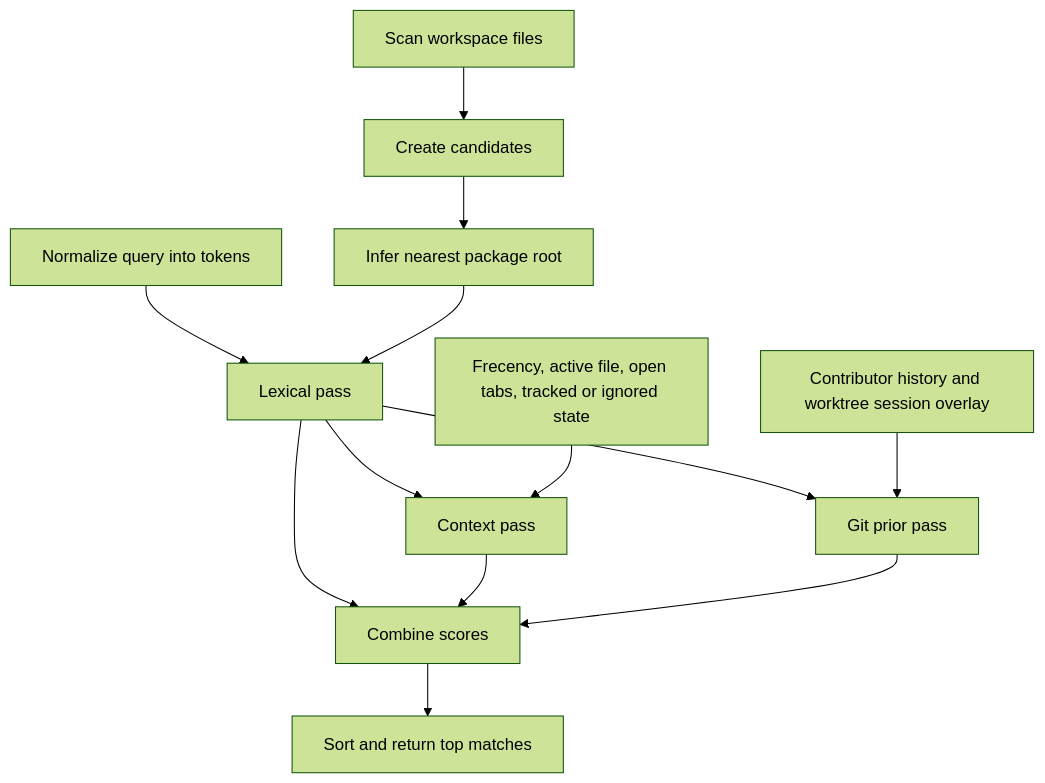
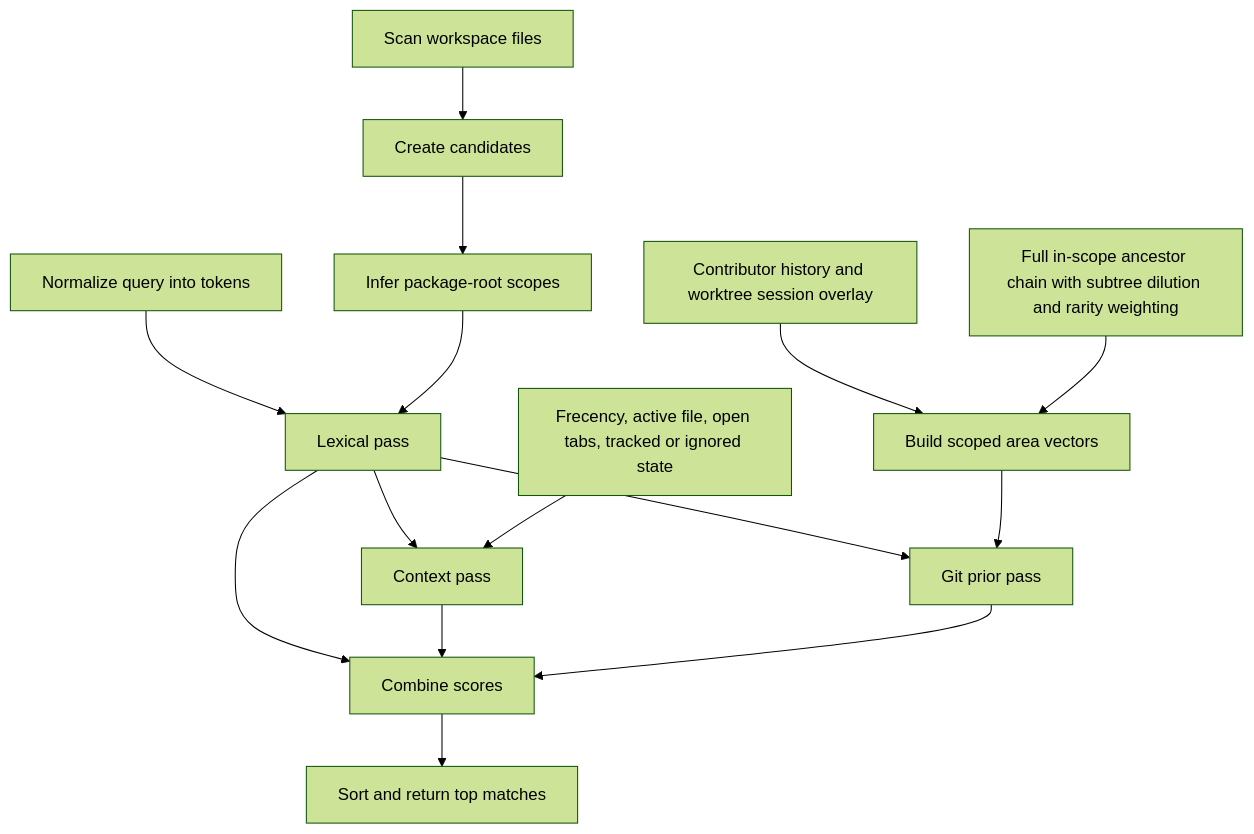
One commit to Braden1996/BetterGoToFile changed the first of 2 diagrams in README.md. Above: the diagram before and after it, drawn with Mermaid (forest theme). The commit also changed other lines of this file and 49 other files, not shown here.

````diff
--- a/README.md
+++ b/README.md
@@ -55,15 +55,17 @@
 ```mermaid
 flowchart TD
     A[Scan workspace files] --> B[Create candidates]
-    B --> C[Infer nearest package root]
+    B --> C[Infer package-root scopes]
     Q[Normalize query into tokens] --> D[Lexical pass]
     C --> D
     D --> E[Context pass]
     F[Frecency, active file, open tabs, tracked or ignored state] --> E
     D --> G[Git prior pass]
-    H[Contributor history and worktree session overlay] --> G
-    D --> I[Combine scores]
-    E --> I
-    G --> I
-    I --> J[Sort and return top matches]
+    H[Contributor history and worktree session overlay] --> I[Build scoped area vectors]
+    J[Full in-scope ancestor chain with subtree dilution and rarity weighting] --> I
+    I --> G
+    D --> K[Combine scores]
+    E --> K
+    G --> K
+    K --> L[Sort and return top matches]
 ```
````
